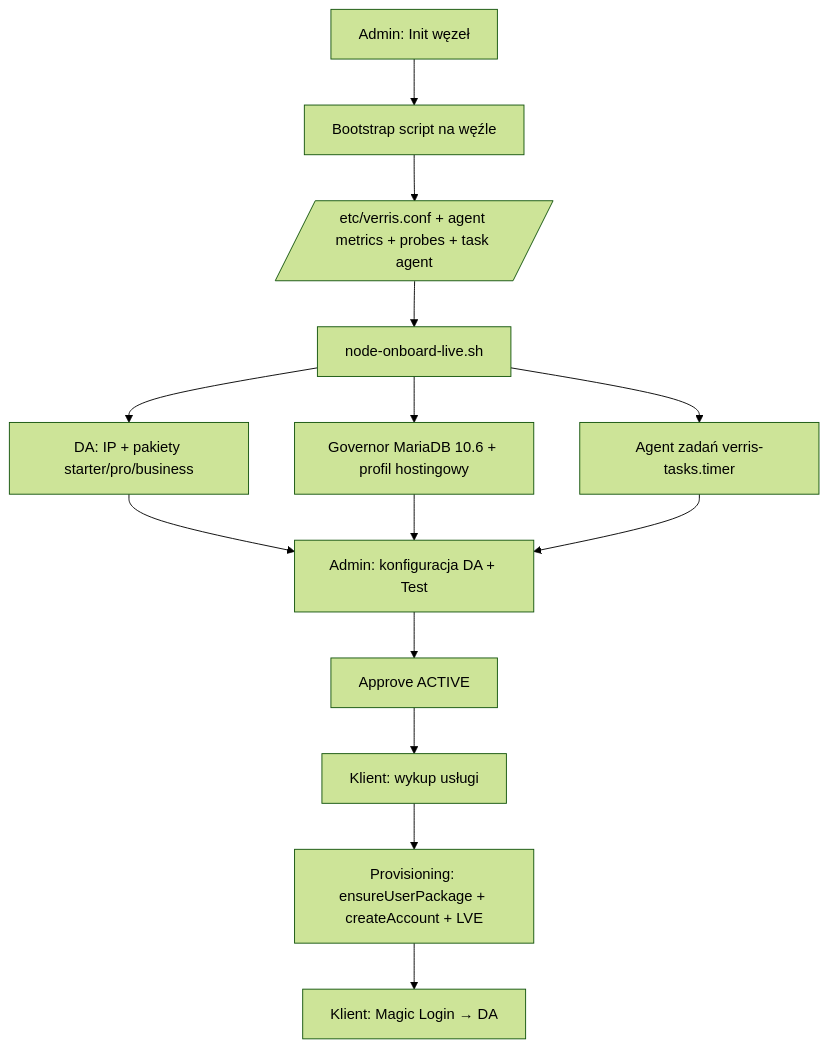
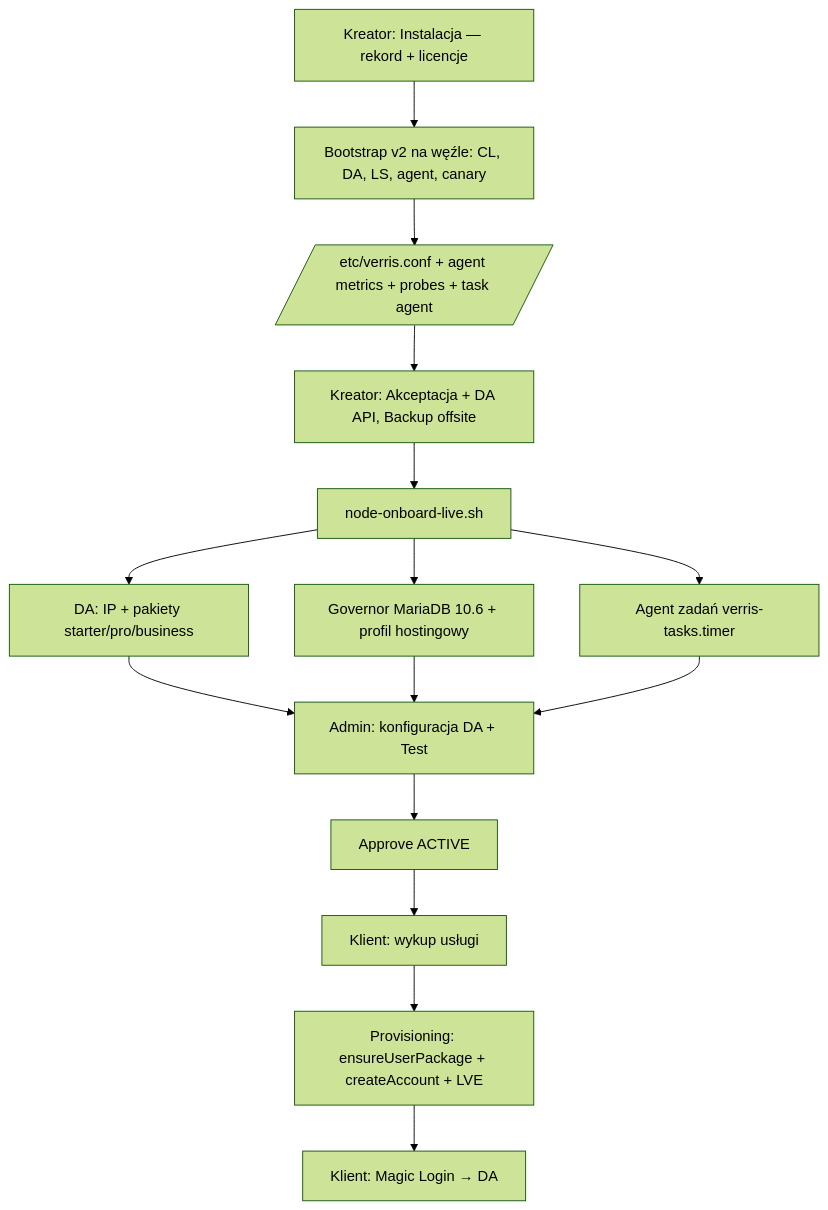
The diagram in ops/docs/NODE_ONBOARD_RUNBOOK.md (dominik-hvln/verris), drawn with Mermaid (forest theme) before and after one commit. The commit also changed other lines of this file and 9 other files, not shown here.

First line of the commit message:
feat(admin): NODE-01 jedna ścieżka dodania węzła (kreator + bootstrap v2), jeden runbook

````diff
--- a/ops/docs/NODE_ONBOARD_RUNBOOK.md
+++ b/ops/docs/NODE_ONBOARD_RUNBOOK.md
@@ -16,16 +21,17 @@
 ```mermaid
 flowchart TD
-  A[Admin: Init węzeł] --> B[Bootstrap script na węźle]
+  A[Kreator: Instalacja — rekord + licencje] --> B[Bootstrap v2 na węźle: CL, DA, LS, agent, canary]
   B --> C[/etc/verris.conf + agent metrics + probes + task agent/]
-  C --> D[node-onboard-live.sh]
+  C --> BK[Kreator: Akceptacja + DA API, Backup offsite]
+  BK --> D[node-onboard-live.sh]
   D --> E[DA: IP + pakiety starter/pro/business]
   D --> F[Governor MariaDB 10.6 + profil hostingowy]
   D --> G[Agent zadań verris-tasks.timer]
   E --> H[Admin: konfiguracja DA + Test]
   F --> H
   G --> H
   H --> I[Approve ACTIVE]
   I --> J[Klient: wykup usługi]
   J --> K[Provisioning: ensureUserPackage + createAccount + LVE]
   K --> L[Klient: Magic Login → DA]
 ```
````
